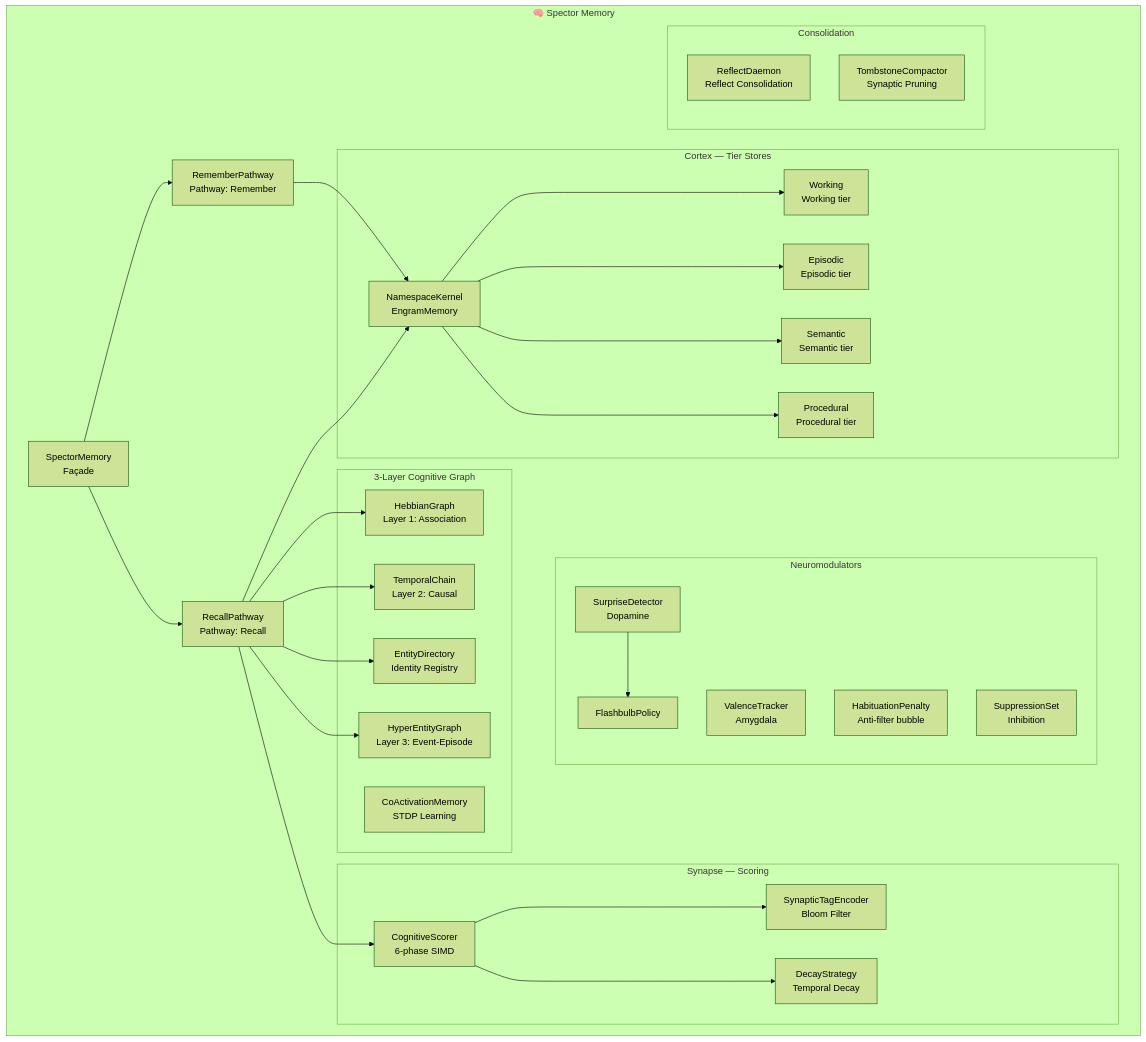
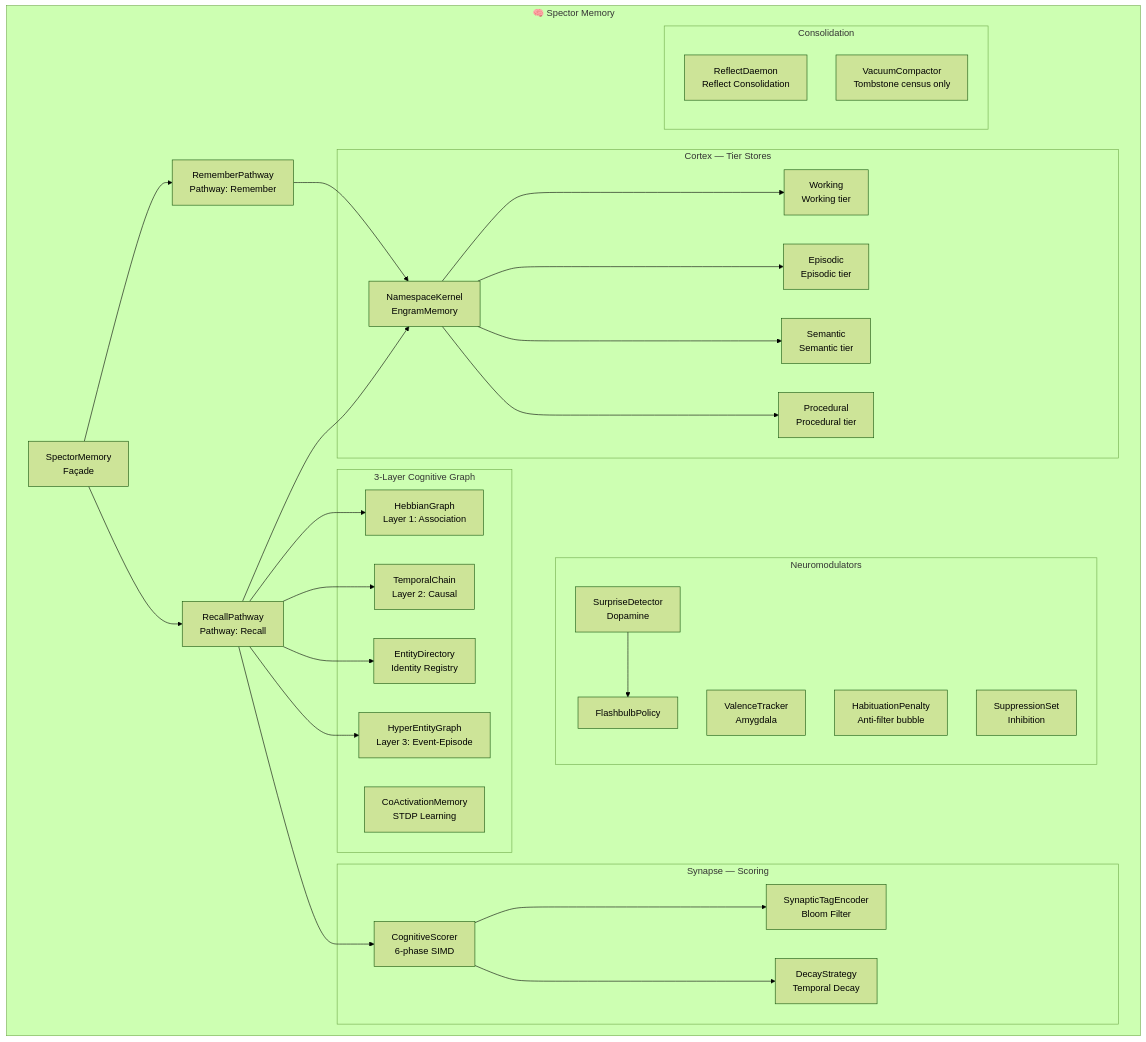
Before and after one commit to spectrayan/spector: the second of 2 diagrams in docs/memory/index.md, drawn with Mermaid (forest theme). The commit also changed 26 other files, not shown here.

````diff
--- a/docs/memory/index.md
+++ b/docs/memory/index.md
@@ -113,47 +113,47 @@
 ```mermaid
 graph TB
     subgraph "🧠 Spector Memory"
         SM[SpectorMemory<br/>Façade]:::core --> CT[RememberPathway<br/>Pathway: Remember]:::core
         SM --> RP[RecallPathway<br/>Pathway: Recall]:::core
         
         subgraph "Cortex — Tier Stores"
             NK[NamespaceKernel<br/>EngramMemory]:::core --> WM[Working<br/>Working tier]:::working
             NK --> EM[Episodic<br/>Episodic tier]:::episodic
             NK --> SE[Semantic<br/>Semantic tier]:::semantic
             NK --> PR[Procedural<br/>Procedural tier]:::procedural
         end
         
         subgraph "Synapse — Scoring"
             CS[CognitiveScorer<br/>6-phase SIMD]:::synapse --> STE[SynapticTagEncoder<br/>Bloom Filter]:::synapse
             CS --> DS[DecayStrategy<br/>Temporal Decay]:::synapse
         end
         
         subgraph "Neuromodulators"
             SD[SurpriseDetector<br/>Dopamine]:::synapse --> FP[FlashbulbPolicy]:::synapse
             VT[ValenceTracker<br/>Amygdala]:::synapse
             HP[HabituationPenalty<br/>Anti-filter bubble]:::synapse
             SS[SuppressionSet<br/>Inhibition]:::synapse
         end
         
         subgraph "3-Layer Cognitive Graph"
             HG[HebbianGraph<br/>Layer 1: Association]:::core
             TC[TemporalChain<br/>Layer 2: Causal]:::core
             HEG[HyperEntityGraph<br/>Layer 3: Event-Episode]:::core
             ED[EntityDirectory<br/>Identity Registry]:::core
             CA[CoActivationMemory<br/>STDP Learning]:::core
         end
         
         subgraph "Consolidation"
             RD[ReflectDaemon<br/>Reflect Consolidation]:::core
-            TCC[TombstoneCompactor<br/>Synaptic Pruning]:::core
+            TCC[VacuumCompactor<br/>Tombstone census only]:::core
         end
         
         CT --> NK
         RP --> CS
         RP --> NK
         RP --> HG
         RP --> TC
         RP --> ED
         RP --> HEG
     end
 ```
````
